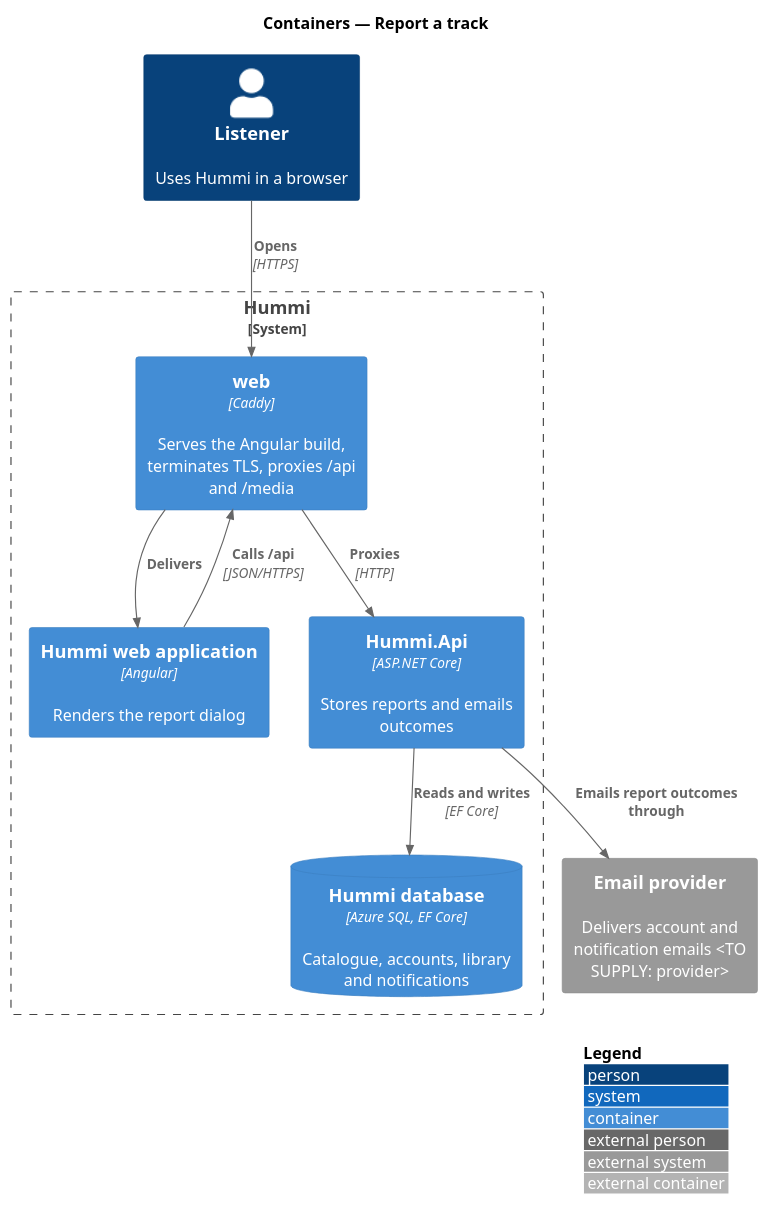
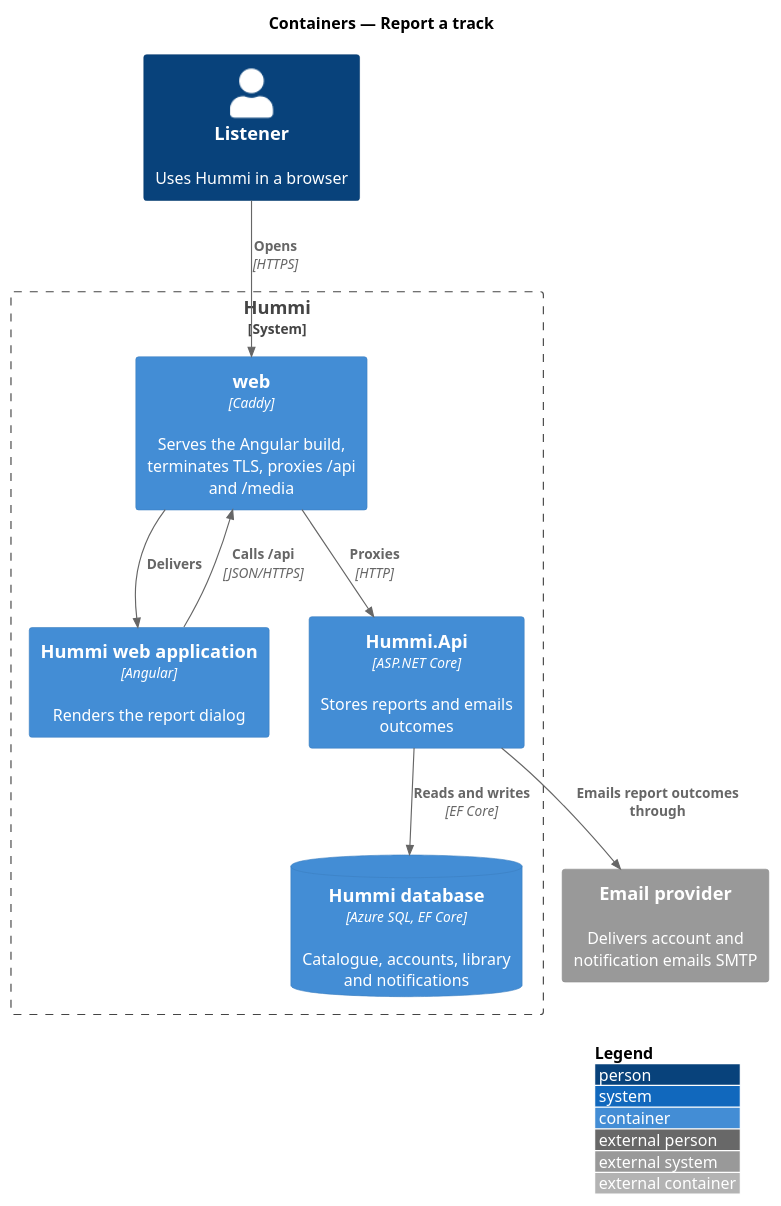
The diagram in docs/detailed-designs/reporting/report-track/diagrams/c4-container.puml (QuinntyneBrown/hummi), drawn with PlantUML before and after one commit. The commit also changed 46 other files, not shown here.

```diff
--- a/docs/detailed-designs/reporting/report-track/diagrams/c4-container.puml
+++ b/docs/detailed-designs/reporting/report-track/diagrams/c4-container.puml
@@ -1,20 +1,20 @@
 @startuml
 !include <C4/C4_Container>
 LAYOUT_WITH_LEGEND()
 title Containers — Report a track
 
 Person(listener, "Listener", "Uses Hummi in a browser")
 System_Boundary(hummi, "Hummi") {
   Container(web, "web", "Caddy", "Serves the Angular build, terminates TLS, proxies /api and /media")
   Container(spa, "Hummi web application", "Angular", "Renders the report dialog")
   Container(api, "Hummi.Api", "ASP.NET Core", "Stores reports and emails outcomes")
   ContainerDb(db, "Hummi database", "Azure SQL, EF Core", "Catalogue, accounts, library and notifications")
 }
-System_Ext(email, "Email provider", "Delivers account and notification emails <TO SUPPLY: provider>")
+System_Ext(email, "Email provider", "Delivers account and notification emails SMTP")
 Rel(listener, web, "Opens", "HTTPS")
 Rel(web, spa, "Delivers")
 Rel(spa, web, "Calls /api", "JSON/HTTPS")
 Rel(web, api, "Proxies", "HTTP")
 Rel(api, db, "Reads and writes", "EF Core")
 Rel(api, email, "Emails report outcomes through")
 @enduml
```
